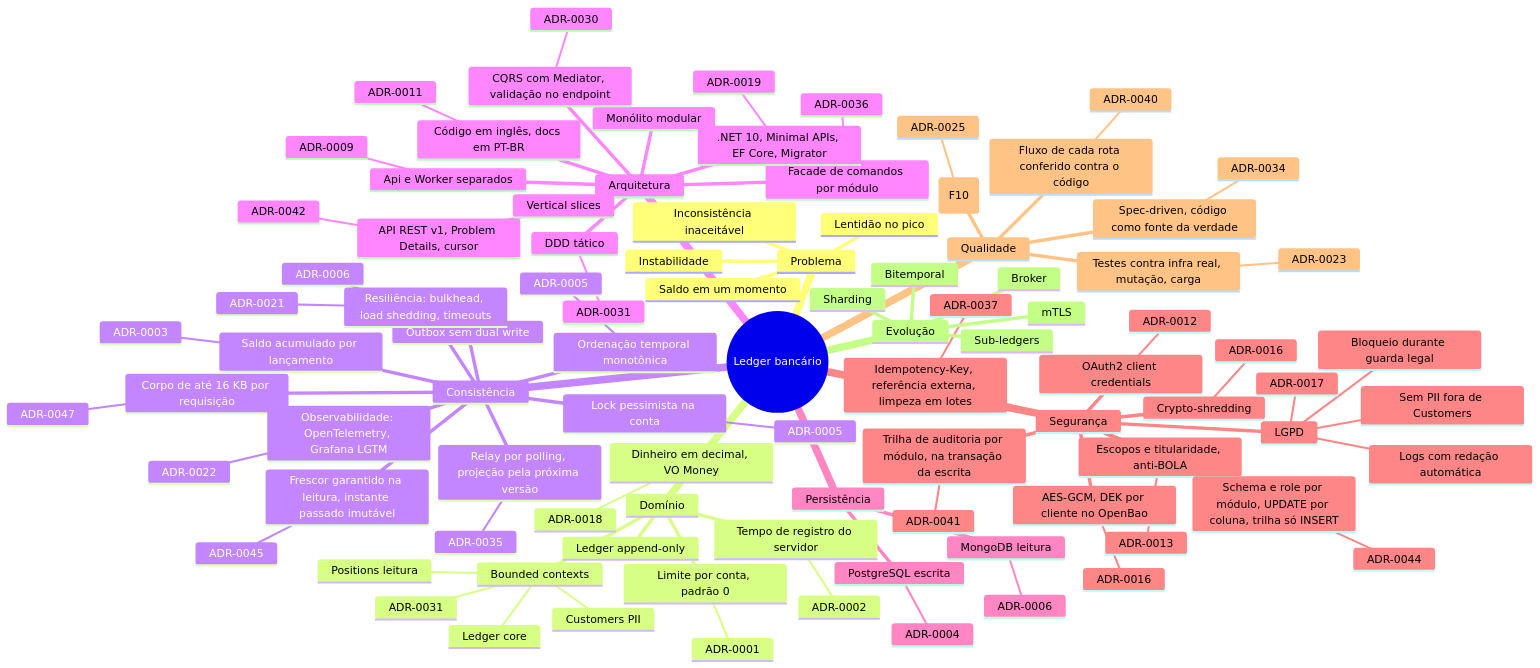
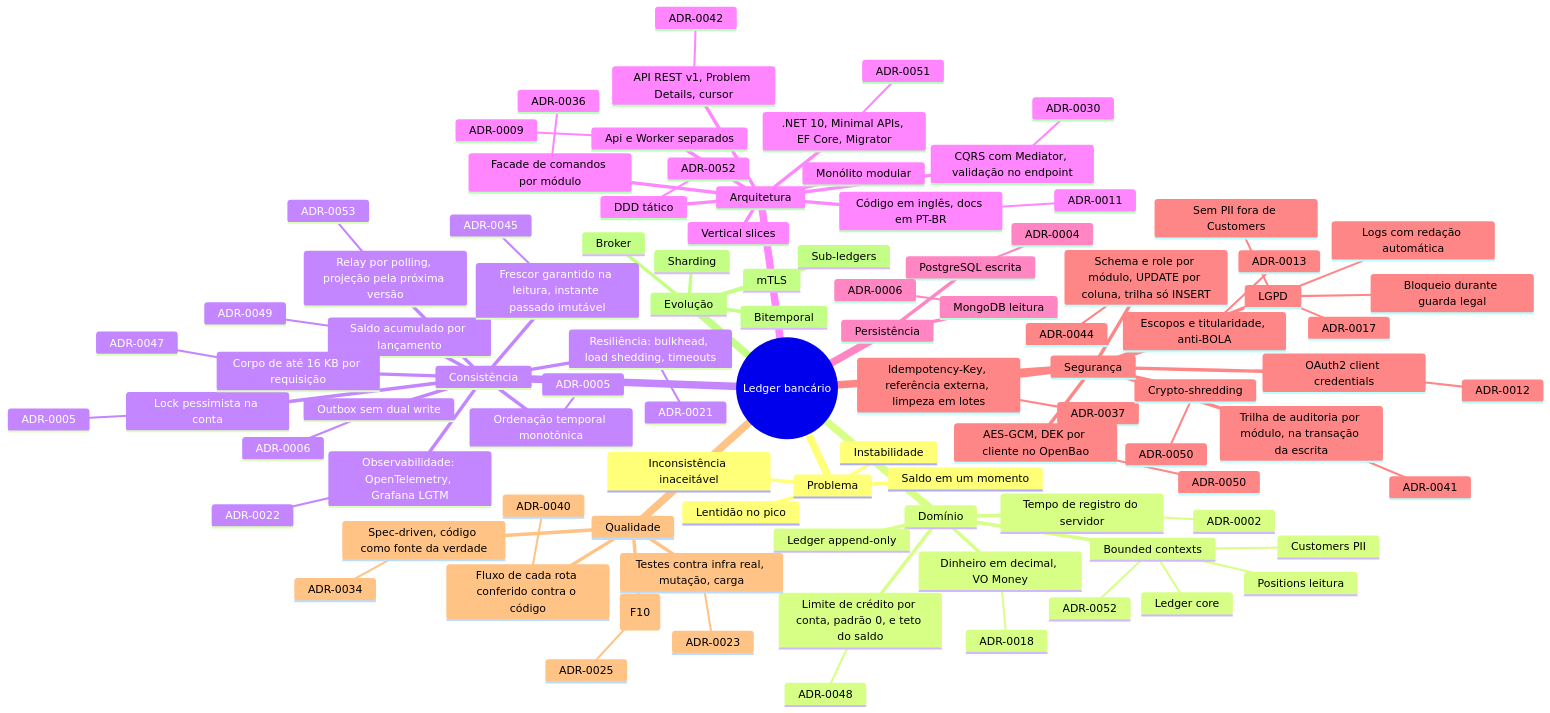
One commit to arthuurw/desafio-arquiteto-keyrus changed the first of 2 diagrams in docs/mapa-de-decisoes.md. Above: the diagram before and after it, drawn with Mermaid. The commit also changed other lines of this file and 82 other files, not shown here.

```diff
--- a/docs/mapa-de-decisoes.md
+++ b/docs/mapa-de-decisoes.md
@@ -33,18 +33,18 @@
       Ledger append-only
       Dinheiro em decimal, VO Money
         ADR-0018
-      Limite por conta, padrão 0
-        ADR-0001
+      Limite de crédito por conta, padrão 0, e teto do saldo
+        ADR-0048
       Tempo de registro do servidor
         ADR-0002
       Bounded contexts
         Ledger core
         Positions leitura
         Customers PII
-        ADR-0031
+        ADR-0052
     Consistência
       Saldo acumulado por lançamento
-        ADR-0003
+        ADR-0049
       Lock pessimista na conta
         ADR-0005
       Ordenação temporal monotônica
@@ -52,7 +52,7 @@
       Outbox sem dual write
         ADR-0006
       Relay por polling, projeção pela próxima versão
-        ADR-0035
+        ADR-0053
       Resiliência: bulkhead, load shedding, timeouts
         ADR-0021
       Corpo de até 16 KB por requisição
@@ -65,7 +65,7 @@
       Monólito modular
       Vertical slices
       DDD tático
-        ADR-0031
+        ADR-0052
       Api e Worker separados
         ADR-0009
       CQRS com Mediator, validação no endpoint
@@ -73,7 +73,7 @@
       Facade de comandos por módulo
         ADR-0036
       .NET 10, Minimal APIs, EF Core, Migrator
-        ADR-0019
+        ADR-0051
       API REST v1, Problem Details, cursor
         ADR-0042
       Código em inglês, docs em PT-BR
@@ -95,9 +95,9 @@
       Trilha de auditoria por módulo, na transação da escrita
         ADR-0041
       AES-GCM, DEK por cliente no OpenBao
-        ADR-0016
+        ADR-0050
       Crypto-shredding
-        ADR-0016
+        ADR-0050
       LGPD
         Sem PII fora de Customers
         Logs com redação automática
```
